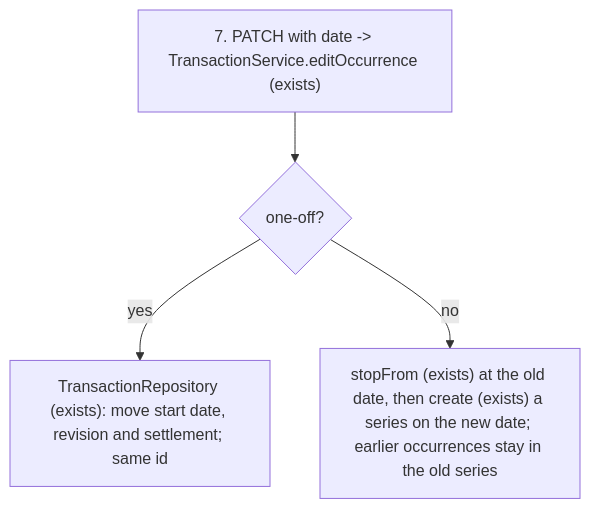
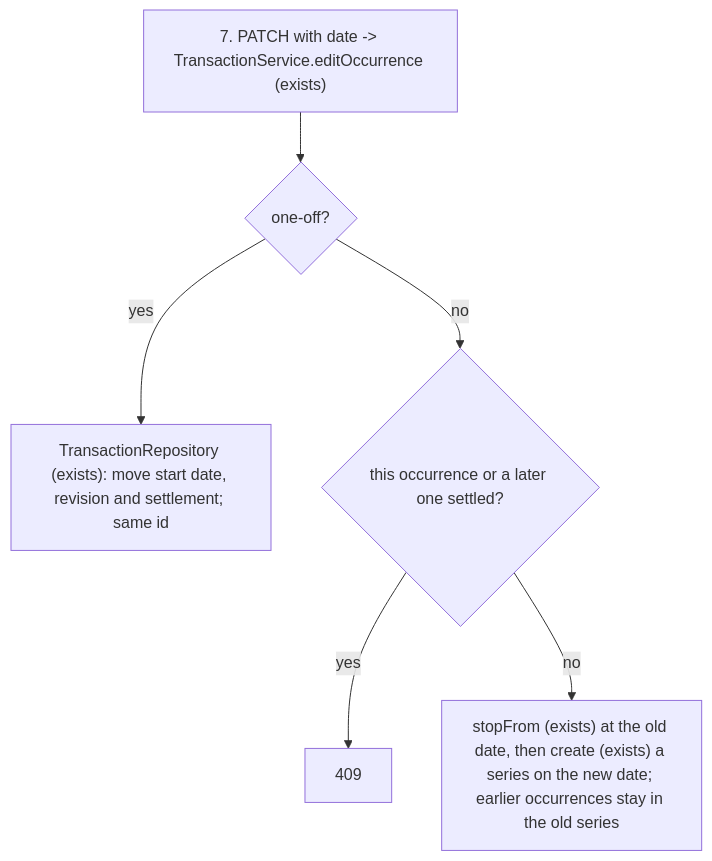
Before and after one commit to tghcastro/capital-care-v2: the second of 3 diagrams in .specs/features/monthly-balance/plan.md, drawn with Mermaid. The commit also changed other lines of this file and 1 other file, not shown here.

````diff
--- a/.specs/features/monthly-balance/plan.md
+++ b/.specs/features/monthly-balance/plan.md
@@ -43,6 +39,8 @@
 ```mermaid
 flowchart TD
     A["7. PATCH with date -> TransactionService.editOccurrence (exists)"] --> B{one-off?}
     B -- yes --> C["TransactionRepository (exists): move start date, revision and settlement; same id"]
-    B -- no --> F["stopFrom (exists) at the old date, then create (exists) a series on the new date; earlier occurrences stay in the old series"]
+    B -- no --> D{this occurrence or a later one settled?}
+    D -- yes --> E[409]
+    D -- no --> F["stopFrom (exists) at the old date, then create (exists) a series on the new date; earlier occurrences stay in the old series"]
 ```
````
